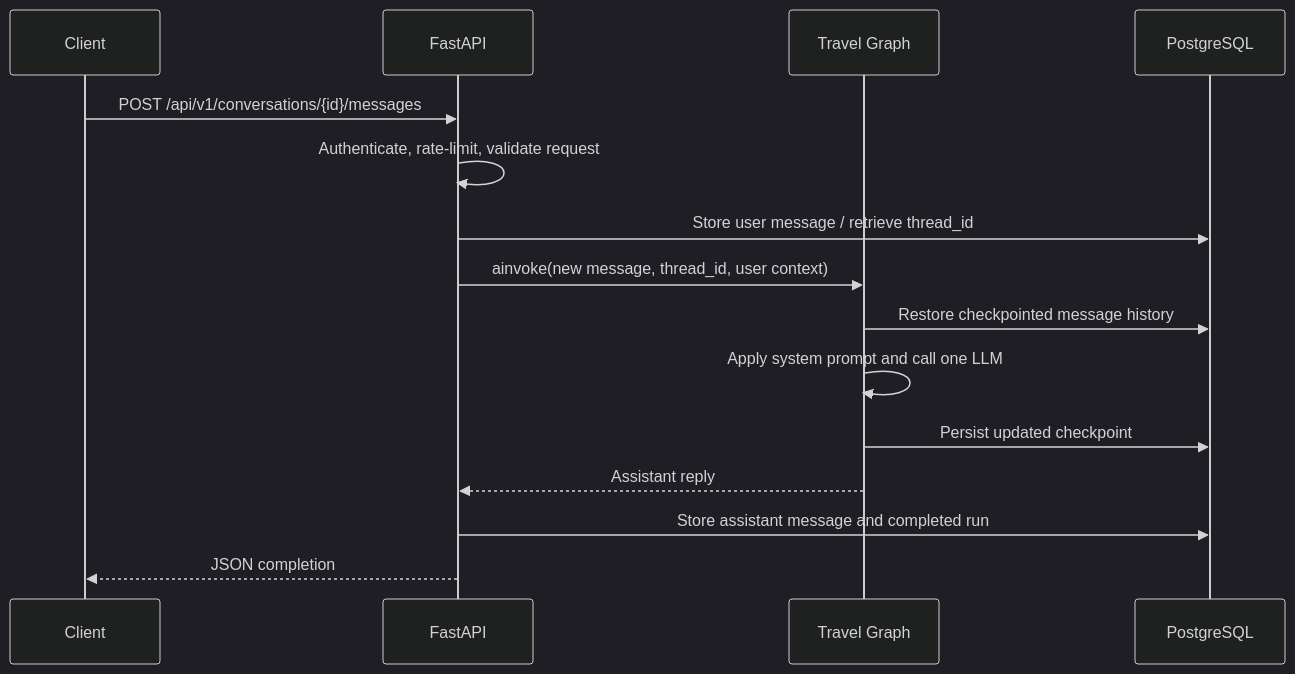
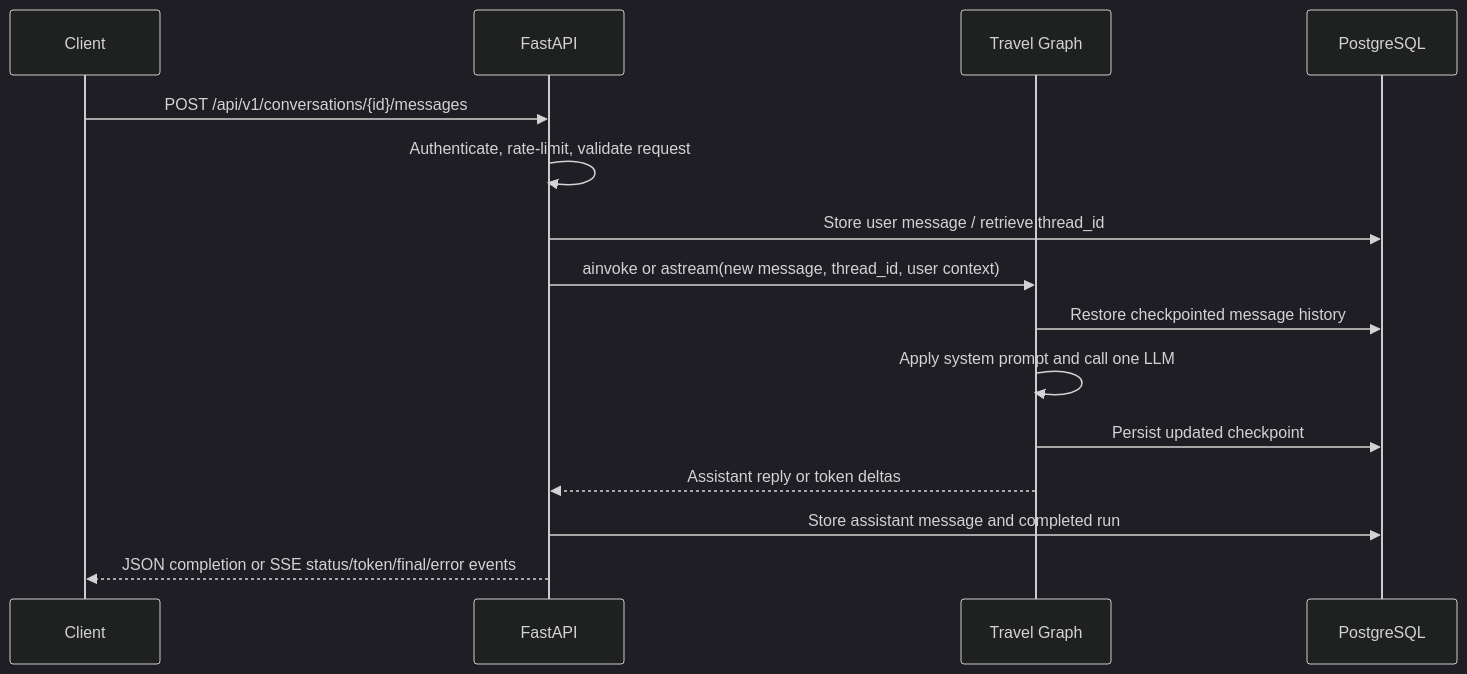
One commit to DOcrazyG/travel_assistant changed the second of 3 diagrams in docs/architecture-design.md. Above: the diagram before and after it, drawn with Mermaid (dark theme). The commit also changed other lines of this file and 10 other files, not shown here.

Commit message:
feat(conversations): implement SSE support for streaming message responses

````diff
--- a/docs/architecture-design.md
+++ b/docs/architecture-design.md
@@ -59,18 +59,18 @@
 ```mermaid
 sequenceDiagram
     participant C as Client
     participant A as FastAPI
     participant G as Travel Graph
     participant D as PostgreSQL
 
     C->>A: POST /api/v1/conversations/{id}/messages
     A->>A: Authenticate, rate-limit, validate request
     A->>D: Store user message / retrieve thread_id
-    A->>G: ainvoke(new message, thread_id, user context)
+    A->>G: ainvoke or astream(new message, thread_id, user context)
     G->>D: Restore checkpointed message history
     G->>G: Apply system prompt and call one LLM
     G->>D: Persist updated checkpoint
-    G-->>A: Assistant reply
+    G-->>A: Assistant reply or token deltas
     A->>D: Store assistant message and completed run
-    A-->>C: JSON completion
+    A-->>C: JSON completion or SSE status/token/final/error events
 ```
````
